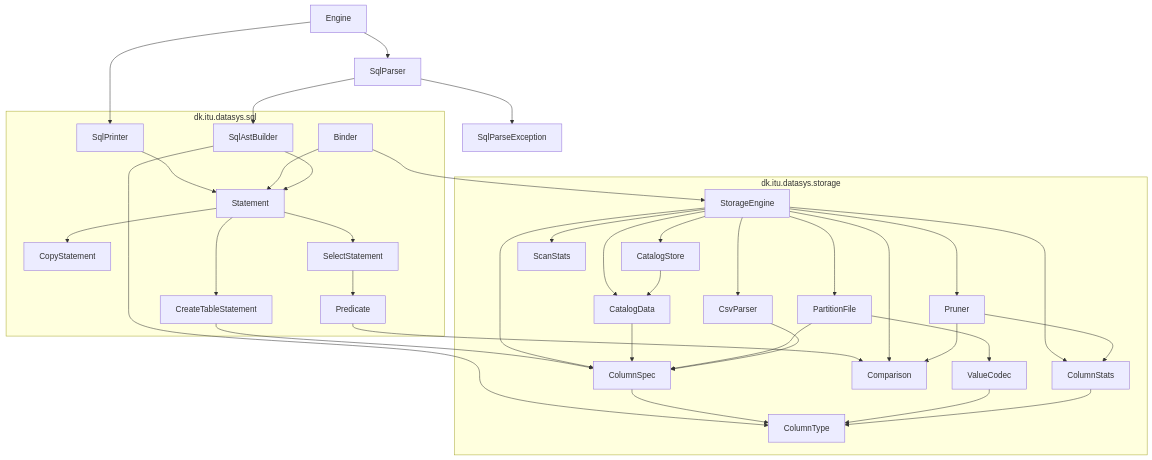
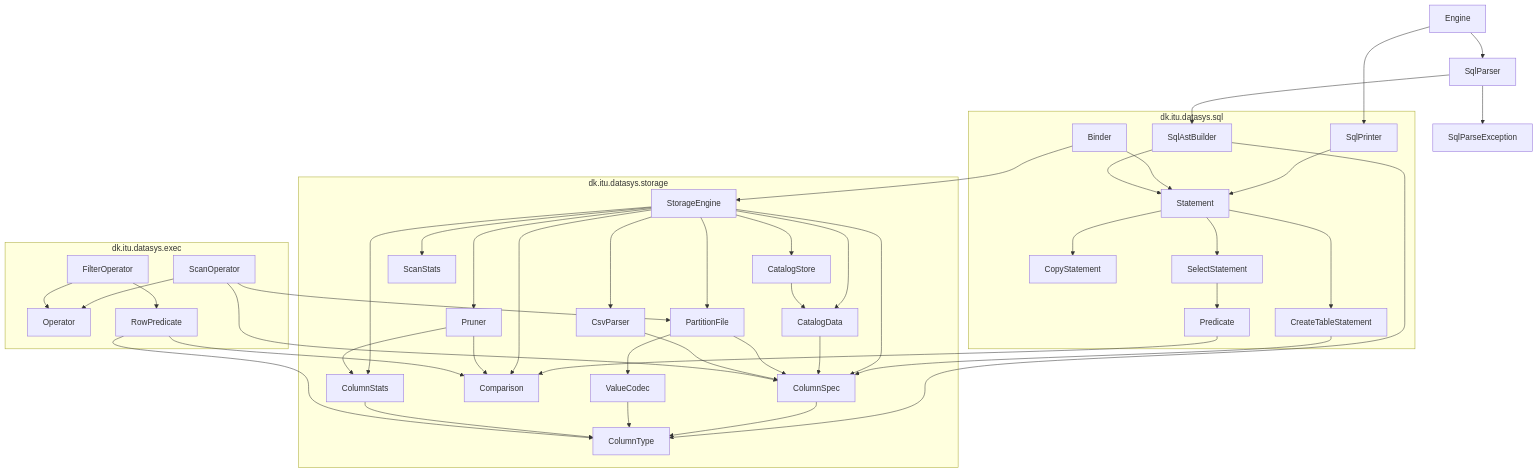
The diagram in README.md (julianefalsig/datasys-engine-TheQueryCrew), drawn with Mermaid before and after one commit. The commit also changed other lines of this file and 11 other files, not shown here.

````diff
--- a/README.md
+++ b/README.md
@@ -65,64 +79,77 @@
 ```mermaid
 flowchart TD
   Engine
   SqlParser
   SqlParseException
   subgraph sqlPkg ["dk.itu.datasys.sql"]
     SqlAstBuilder
     SqlPrinter
     Binder
     Statement
     CreateTableStatement
     CopyStatement
     SelectStatement
     Predicate
+  end
+  subgraph execPkg ["dk.itu.datasys.exec"]
+    Operator
+    ScanOperator
+    FilterOperator
+    RowPredicate
   end
   subgraph storagePkg ["dk.itu.datasys.storage"]
     StorageEngine
     CatalogStore
     CatalogData
     PartitionFile
     CsvParser
     Pruner
     ColumnStats
     ColumnSpec
     Comparison
     ScanStats
     ValueCodec
     ColumnType
   end
   Engine --> SqlParser
   Engine --> SqlPrinter
   SqlParser --> SqlAstBuilder
   SqlPrinter --> Statement
   Binder --> Statement
   Binder --> StorageEngine
   SqlParser --> SqlParseException
   SqlAstBuilder --> Statement
   Statement --> CreateTableStatement
   Statement --> CopyStatement
   Statement --> SelectStatement
   CreateTableStatement --> ColumnSpec
   SelectStatement --> Predicate
   Predicate --> Comparison
   SqlAstBuilder --> ColumnType
   StorageEngine --> CatalogStore
   StorageEngine --> CatalogData
   StorageEngine --> PartitionFile
   StorageEngine --> CsvParser
   StorageEngine --> Pruner
   StorageEngine --> ColumnStats
   StorageEngine --> ColumnSpec
   StorageEngine --> Comparison
   StorageEngine --> ScanStats
   CatalogStore --> CatalogData
   CatalogData --> ColumnSpec
   PartitionFile --> ValueCodec
   PartitionFile --> ColumnSpec
   CsvParser --> ColumnSpec
   Pruner --> ColumnStats
   Pruner --> Comparison
   ColumnSpec --> ColumnType
   ValueCodec --> ColumnType
   ColumnStats --> ColumnType
+  ScanOperator --> Operator
+  FilterOperator --> Operator
+  FilterOperator --> RowPredicate
+  ScanOperator --> PartitionFile
+  ScanOperator --> ColumnSpec
+  RowPredicate --> Comparison
+  RowPredicate --> ColumnType
 ```
````
